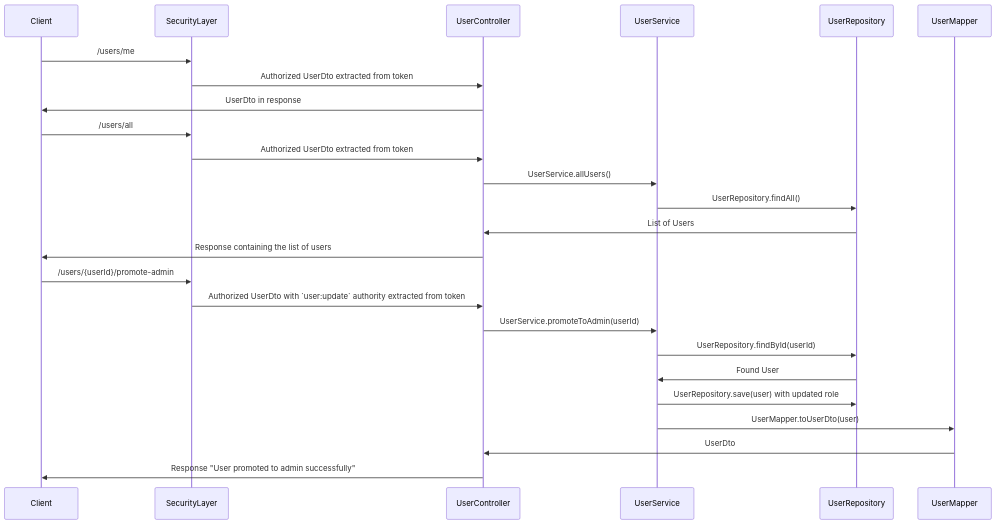
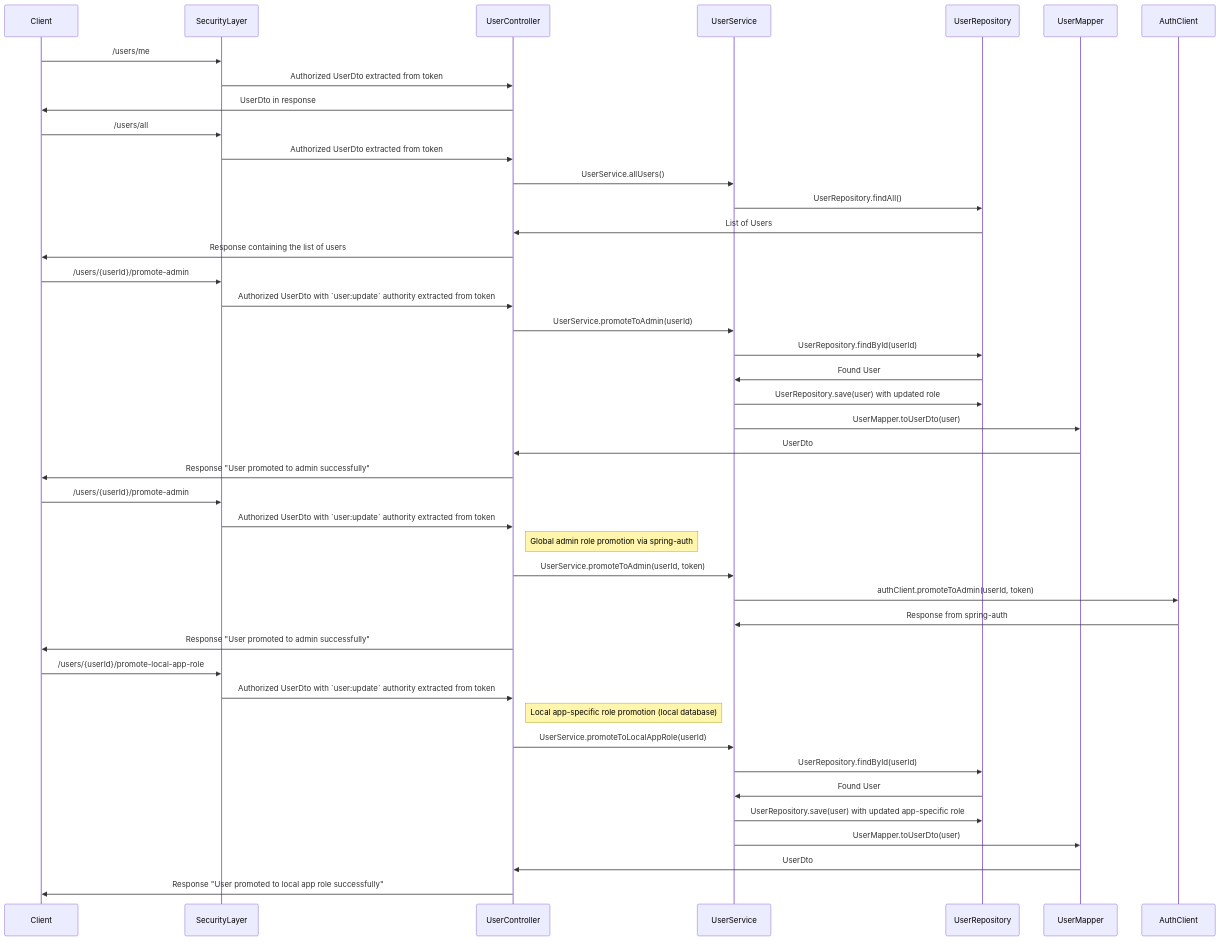
The fourth of 5 diagrams in doc/process-documentation.md (OrifInformatique/template_frontback), drawn with Mermaid before and after one commit. The commit also changed other lines of this file and 1 other file, not shown here.

````diff
--- a/doc/process-documentation.md
+++ b/doc/process-documentation.md
@@ -242,30 +251,48 @@
 ```mermaid
 sequenceDiagram
     participant Client
     participant SecurityLayer
     participant UserController
     participant UserService
     participant UserRepository
     participant UserMapper
 
     Client->>SecurityLayer: /users/me
     SecurityLayer->>UserController: Authorized UserDto extracted from token
     UserController->>Client: UserDto in response
 
     Client->>SecurityLayer: /users/all
     SecurityLayer->>UserController: Authorized UserDto extracted from token
     UserController->>UserService: UserService.allUsers()
     UserService->>UserRepository: UserRepository.findAll()
     UserRepository->>UserController: List of Users
     UserController->>Client: Response containing the list of users
 
     Client->>SecurityLayer: /users/{userId}/promote-admin
     SecurityLayer->>UserController: Authorized UserDto with `user:update` authority extracted from token
     UserController->>UserService: UserService.promoteToAdmin(userId)
     UserService->>UserRepository: UserRepository.findById(userId)
     UserRepository->>UserService: Found User
     UserService->>UserRepository: UserRepository.save(user) with updated role
     UserService->>UserMapper: UserMapper.toUserDto(user)
     UserMapper->>UserController: UserDto
     UserController->>Client: Response "User promoted to admin successfully"
+    Client->>SecurityLayer: /users/{userId}/promote-admin
+    SecurityLayer->>UserController: Authorized UserDto with `user:update` authority extracted from token
+    note right of UserController: Global admin role promotion via spring-auth
+    UserController->>UserService: UserService.promoteToAdmin(userId, token)
+    UserService->>AuthClient: authClient.promoteToAdmin(userId, token)
+    AuthClient->>UserService: Response from spring-auth
+    UserController->>Client: Response "User promoted to admin successfully"
+
+    Client->>SecurityLayer: /users/{userId}/promote-local-app-role
+    SecurityLayer->>UserController: Authorized UserDto with `user:update` authority extracted from token
+    note right of UserController: Local app-specific role promotion (local database)
+    UserController->>UserService: UserService.promoteToLocalAppRole(userId)
+    UserService->>UserRepository: UserRepository.findById(userId)
+    UserRepository->>UserService: Found User
+    UserService->>UserRepository: UserRepository.save(user) with updated app-specific role
+    UserService->>UserMapper: UserMapper.toUserDto(user)
+    UserMapper->>UserController: UserDto
+    UserController->>Client: Response "User promoted to local app role successfully"
 ```
````
